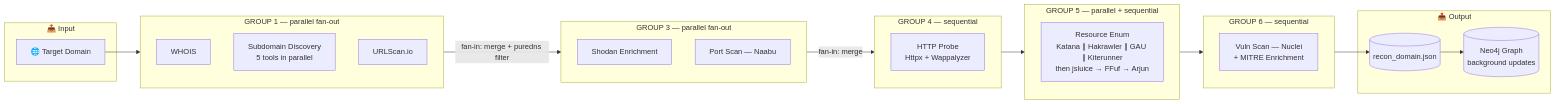
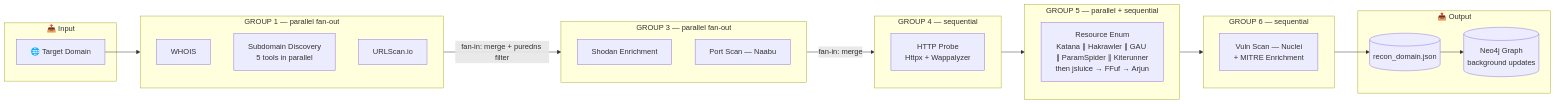
One commit to zohidjon-m/redamon changed the fourth of 14 diagrams in readmes/README.RECON.md. Above: the diagram before and after it, drawn with Mermaid. The commit also changed 45 other files, not shown here.

First line of the commit message:
feat: add ParamSpider passive parameter discovery and Nuclei custom template management

````diff
--- a/readmes/README.RECON.md
+++ b/readmes/README.RECON.md
@@ -308,42 +308,42 @@
 ```mermaid
 flowchart LR
     subgraph Input["📥 Input"]
         Domain[🌐 Target Domain]
     end
 
     subgraph G1["GROUP 1 — parallel fan-out"]
         DD[WHOIS]
         SUB[Subdomain Discovery<br/>5 tools in parallel]
         URLSCAN[URLScan.io]
     end
 
     subgraph G3["GROUP 3 — parallel fan-out"]
         SHODAN[Shodan Enrichment]
         PS[Port Scan — Naabu]
     end
 
     subgraph G4["GROUP 4 — sequential"]
         HP[HTTP Probe<br/>Httpx + Wappalyzer]
     end
 
     subgraph G5["GROUP 5 — parallel + sequential"]
-        RE[Resource Enum<br/>Katana ∥ Hakrawler ∥ GAU ∥ Kiterunner<br/>then jsluice → FFuf → Arjun]
+        RE[Resource Enum<br/>Katana ∥ Hakrawler ∥ GAU ∥ ParamSpider ∥ Kiterunner<br/>then jsluice → FFuf → Arjun]
     end
 
     subgraph G6["GROUP 6 — sequential"]
         VS[Vuln Scan — Nuclei<br/>+ MITRE Enrichment]
     end
 
     subgraph Output["📤 Output"]
         JSON[(recon_domain.json)]
         Graph[(Neo4j Graph<br/>background updates)]
     end
 
     Domain --> G1
     G1 -->|fan-in: merge + puredns filter| G3
     G3 -->|fan-in: merge| G4
     G4 --> G5
     G5 --> G6
     G6 --> JSON
     JSON --> Graph
 ```
````
